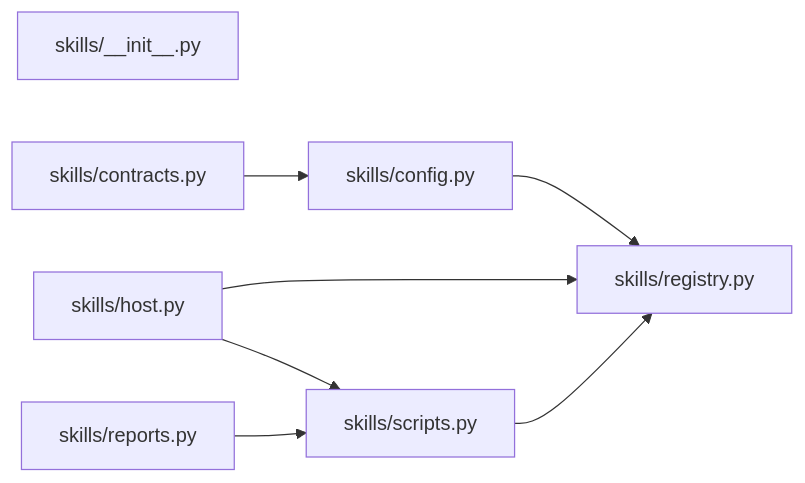
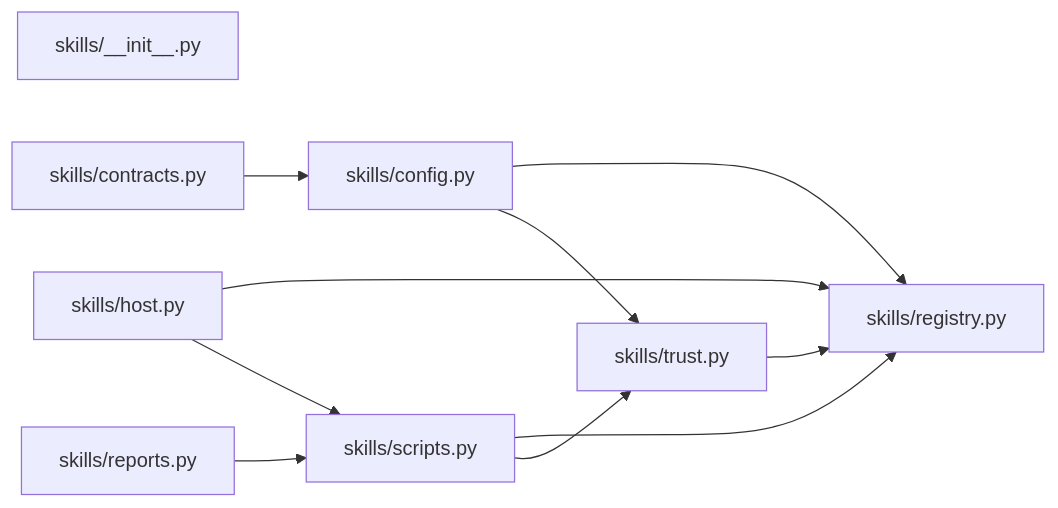
Before and after one commit to sarveshtalele/maf-harness-testing: diagram 18 of 21 in docs/ARCHITECTURE_MAP.md, drawn with Mermaid. The commit also changed other lines of this file and 21 other files, not shown here.

First line of the commit message:
Skill trust policy: unverified/approved skills, plugin import and approve API, strict lint

````diff
--- a/docs/ARCHITECTURE_MAP.md
+++ b/docs/ARCHITECTURE_MAP.md
@@ -430,16 +429,20 @@
 ```mermaid
 flowchart LR
   f0["skills/__init__.py"]
   f1["skills/config.py"]
   f2["skills/contracts.py"]
   f3["skills/host.py"]
   f4["skills/registry.py"]
   f5["skills/reports.py"]
   f6["skills/scripts.py"]
+  f7["skills/trust.py"]
   f1 --> f4
+  f1 --> f7
   f2 --> f1
   f3 --> f4
   f3 --> f6
   f5 --> f6
   f6 --> f4
+  f6 --> f7
+  f7 --> f4
 ```
````
